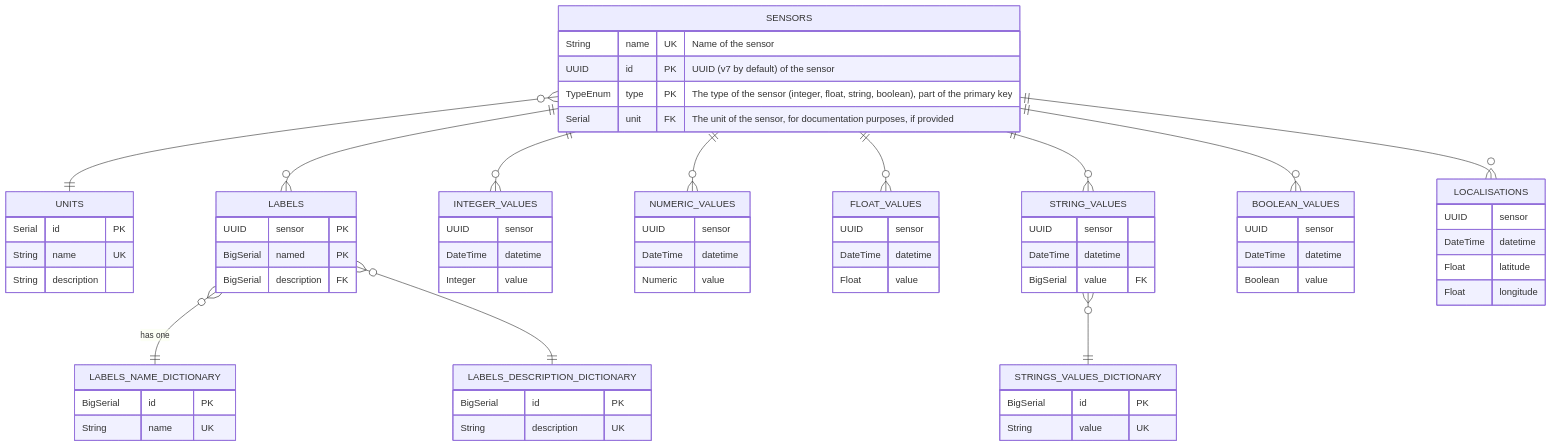
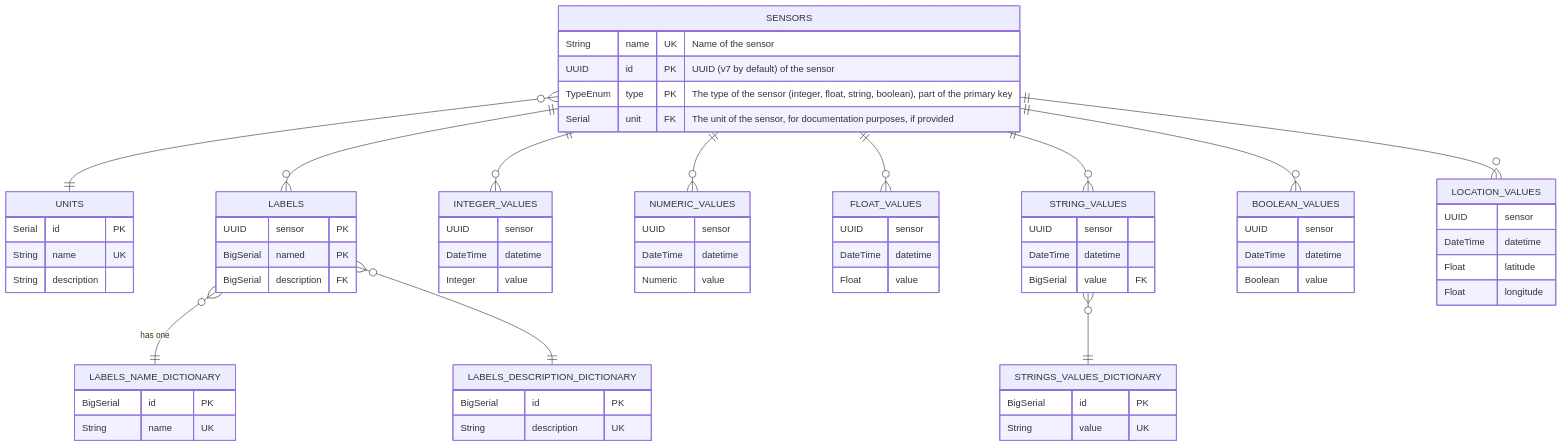
Before and after one commit to SINTEF/sensapp: the diagram in docs/DATAMODEL.md, drawn with Mermaid. The commit also changed other lines of this file and 30 other files, not shown here.

```diff
--- a/docs/DATAMODEL.md
+++ b/docs/DATAMODEL.md
@@ -93,11 +94,11 @@
     SENSORS ||--o{ INTEGER_VALUES : ""
     SENSORS ||--o{ NUMERIC_VALUES : ""
     SENSORS ||--o{ FLOAT_VALUES : ""
-    SENSORS ||--o{ LOCALISATIONS : ""
+    SENSORS ||--o{ LOCATION_VALUES : ""
     SENSORS ||--o{ BOOLEAN_VALUES : ""
 
     %% Localisations are common enough to be part of the core data model
-    LOCALISATIONS {
+    LOCATION_VALUES {
         UUID sensor
         DateTime datetime
         Float latitude
```
